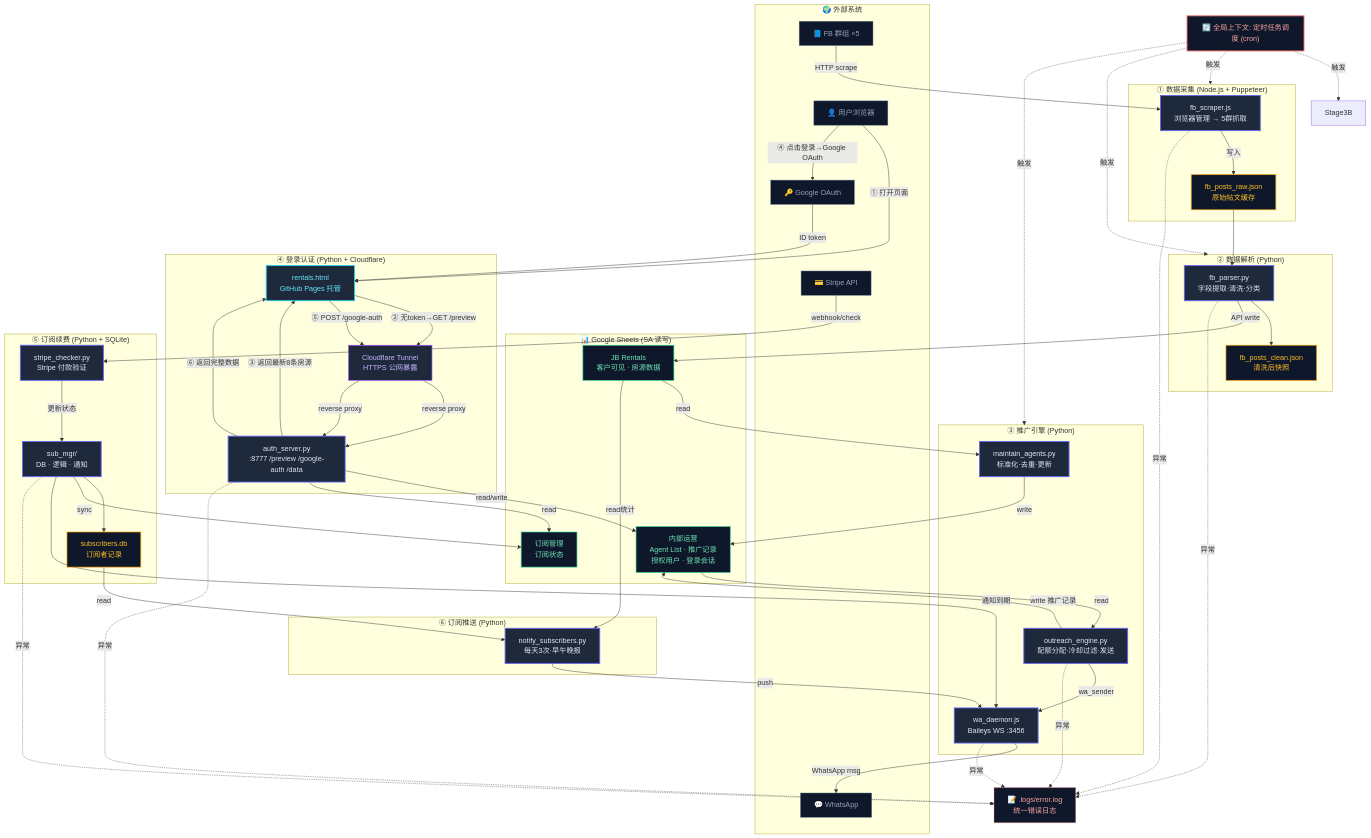
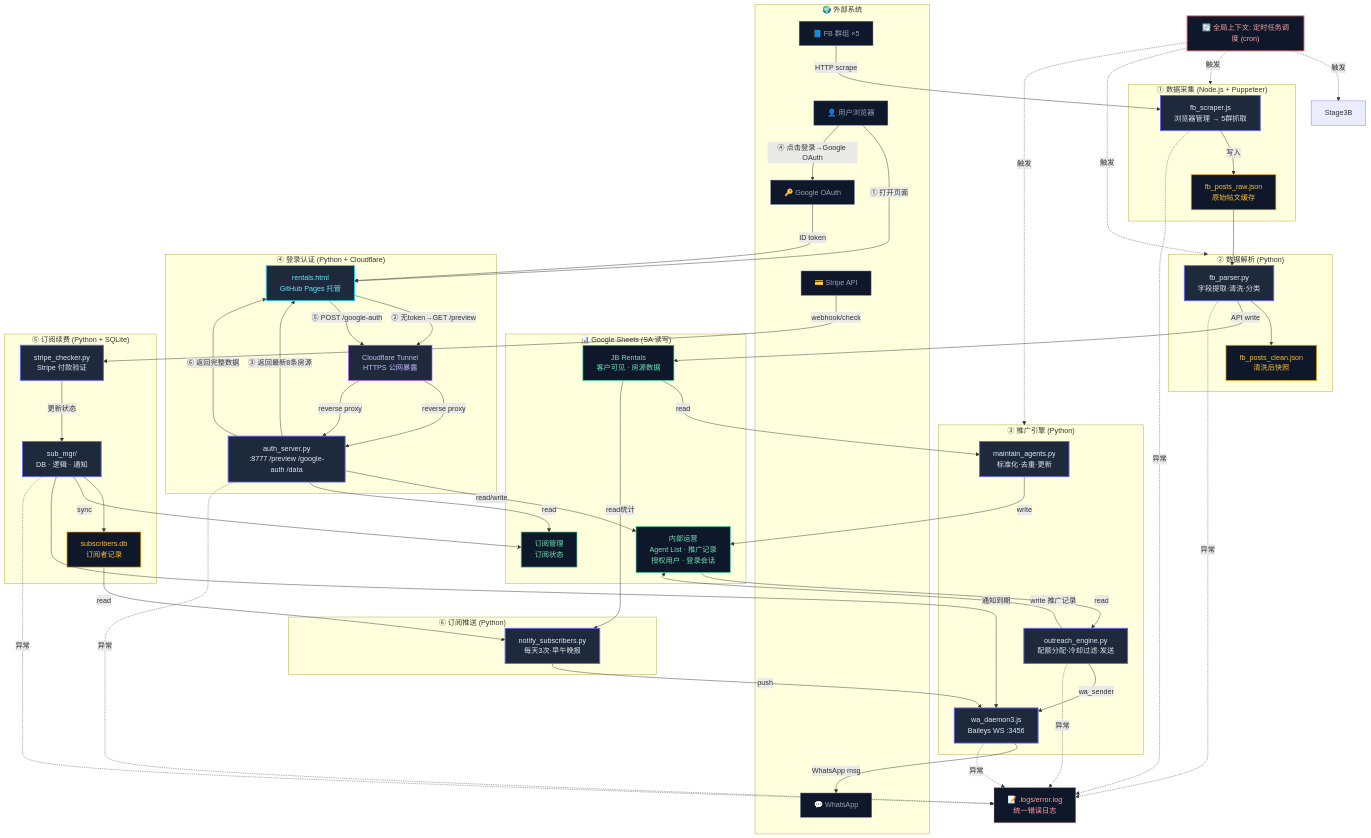
Before and after one commit to reinocheong/leadpilot: the diagram in ARCHITECTURE.md, drawn with Mermaid. The commit also changed 18 other files, not shown here.

```diff
--- a/ARCHITECTURE.md
+++ b/ARCHITECTURE.md
@@ -51,7 +51,7 @@
     subgraph Stage3["③ 推广引擎 (Python)"]
         AgentMaint["maintain_agents.py<br/>标准化·去重·更新"]:::module
         Outreach["outreach_engine.py<br/>配额分配·冷却过滤·发送"]:::module
-        WADaemon["wa_daemon.js<br/>Baileys WS :3456"]:::module
+        WADaemon["wa_daemon3.js<br/>Baileys WS :3456"]:::module
     end
     SheetPublic -->|read| AgentMaint
     AgentMaint -->|write| SheetInternal
```
